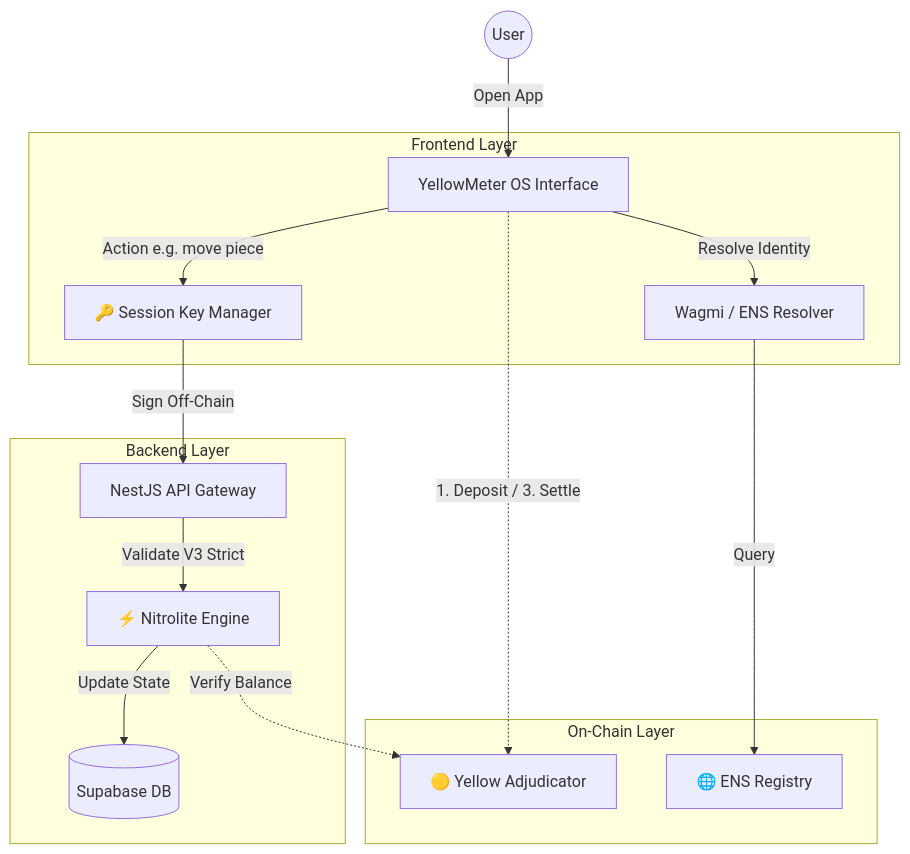
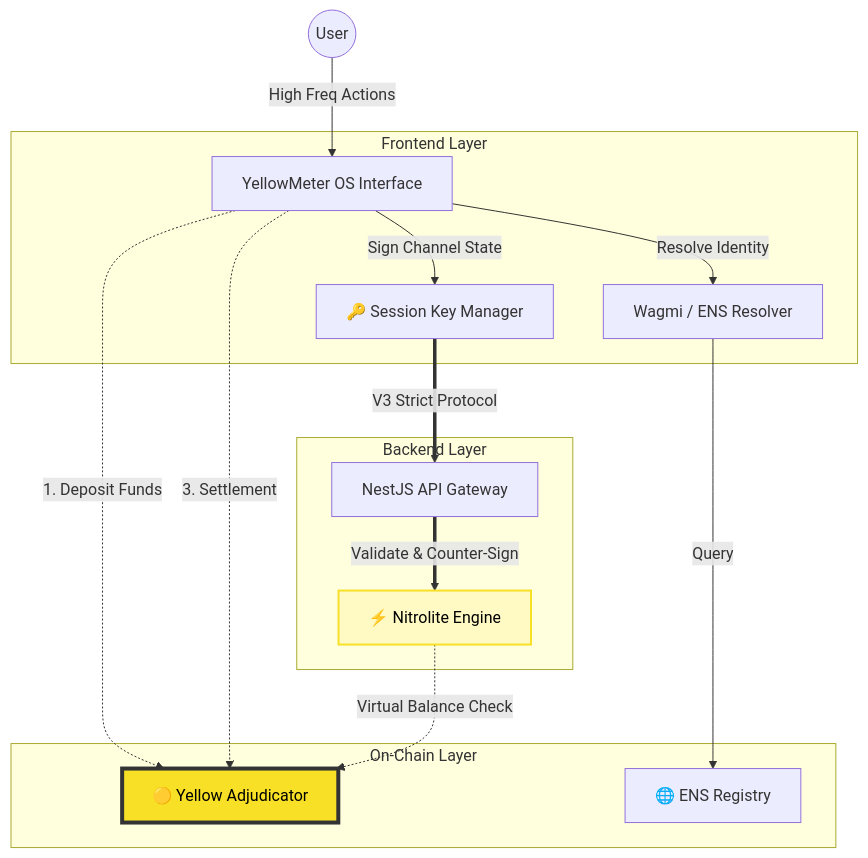
Before and after one commit to GGLabs-Inc/.github: the first of 2 diagrams in profile/README.md, drawn with Mermaid. The commit also changed other lines of this file, not shown here.

````diff
--- a/profile/README.md
+++ b/profile/README.md
@@ -22,35 +22,41 @@
 ```mermaid
 graph TD
     %% Nodes
     User((User))
     subgraph Client [Frontend Layer]
         UI[YellowMeter OS Interface]
         Session[🔑 Session Key Manager]
         Wagmi[Wagmi / ENS Resolver]
     end
     
     subgraph Server [Backend Layer]
         API[NestJS API Gateway]
         Engine[⚡ Nitrolite Engine]
-        DB[(Supabase DB)]
     end
     
     subgraph Blockchain [On-Chain Layer]
         Yellow[🟡 Yellow Adjudicator]
         ENS[🌐 ENS Registry]
     end
 
     %% Connections
-    User -->|Open App| UI
+    User -->|High Freq Actions| UI
     UI -->|Resolve Identity| Wagmi
     Wagmi -->|Query| ENS
     
-    UI -->|Action e.g. move piece| Session
-    Session -->|Sign Off-Chain| API
+    UI -->|Sign Channel State| Session
     
-    API -->|Validate V3 Strict| Engine
-    Engine -->|Update State| DB
+    %% Key Interaction
+    Session == V3 Strict Protocol ==> API
+    API == Validate & Counter-Sign ==> Engine
     
-    UI -.->|1. Deposit / 3. Settle| Yellow
-    Engine -.->|Verify Balance| Yellow
+    %% Blockchain Settlement
+    UI -.->|1. Deposit Funds| Yellow
+    UI -.->|3. Settlement| Yellow
+    
+    Engine -.->|Virtual Balance Check| Yellow
+
+    %% Styling
+    style Yellow fill:#F7E025,stroke:#333,stroke-width:4px,color:black
+    style Engine fill:#FFF9C4,stroke:#F7E025,stroke-width:2px,color:black
 ```
````
